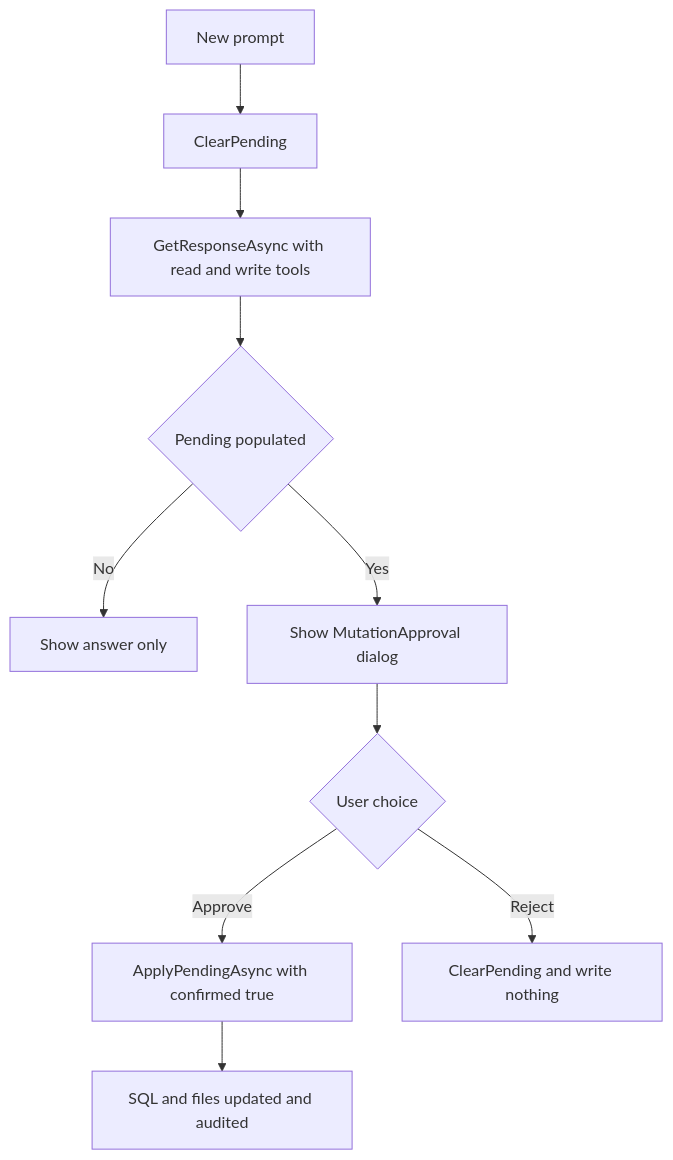
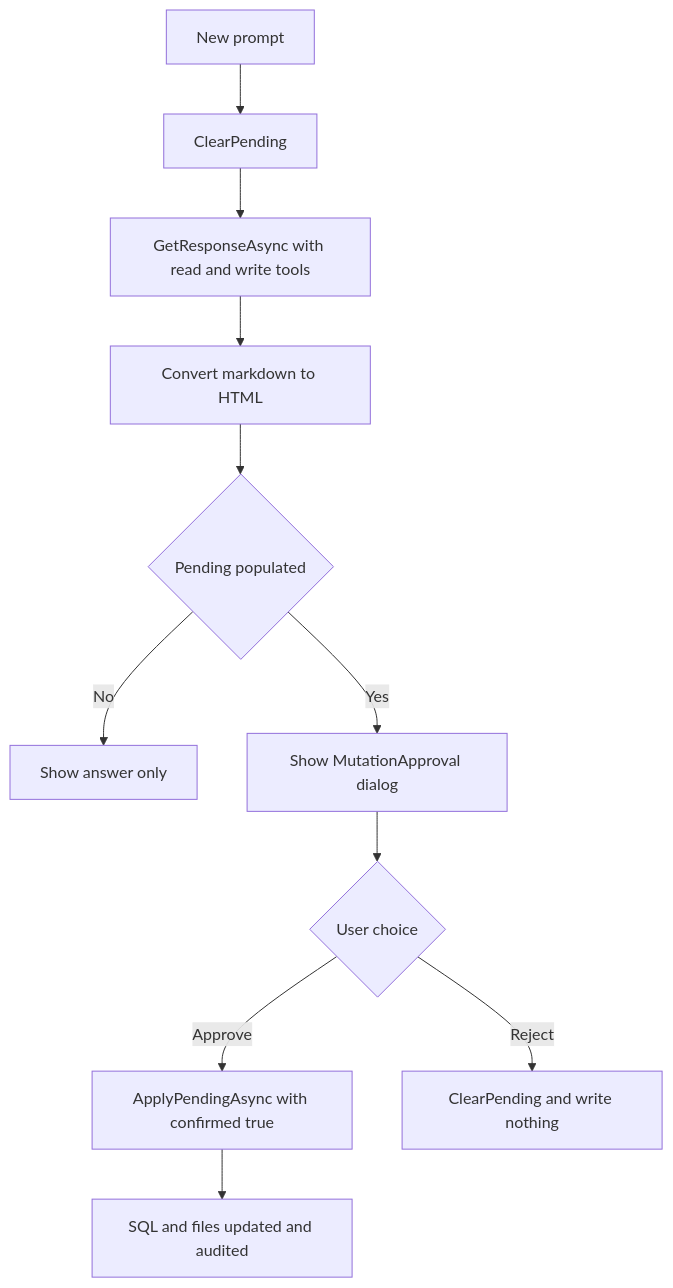
The third of 3 diagrams in docs/04-graph-chat-with-mutations.md (ADefWebserver/Syncfusion-Lightweight-Knowledge-Graphs-Succinctly), drawn with Mermaid before and after one commit. The commit also changed other lines of this file and 1 other file, not shown here.

````diff
--- a/docs/04-graph-chat-with-mutations.md
+++ b/docs/04-graph-chat-with-mutations.md
@@ -288,12 +383,13 @@
 ```mermaid
 flowchart TD
     Turn[New prompt] --> Clear[ClearPending]
     Clear --> Ask[GetResponseAsync with read and write tools]
-    Ask --> Check{Pending populated}
+    Ask --> Html[Convert markdown to HTML]
+    Html --> Check{Pending populated}
     Check -- No --> Answer[Show answer only]
     Check -- Yes --> Show[Show MutationApproval dialog]
     Show --> Choice{User choice}
     Choice -- Approve --> Apply[ApplyPendingAsync with confirmed true]
     Choice -- Reject --> Discard[ClearPending and write nothing]
     Apply --> Done[SQL and files updated and audited]
 ```
````
